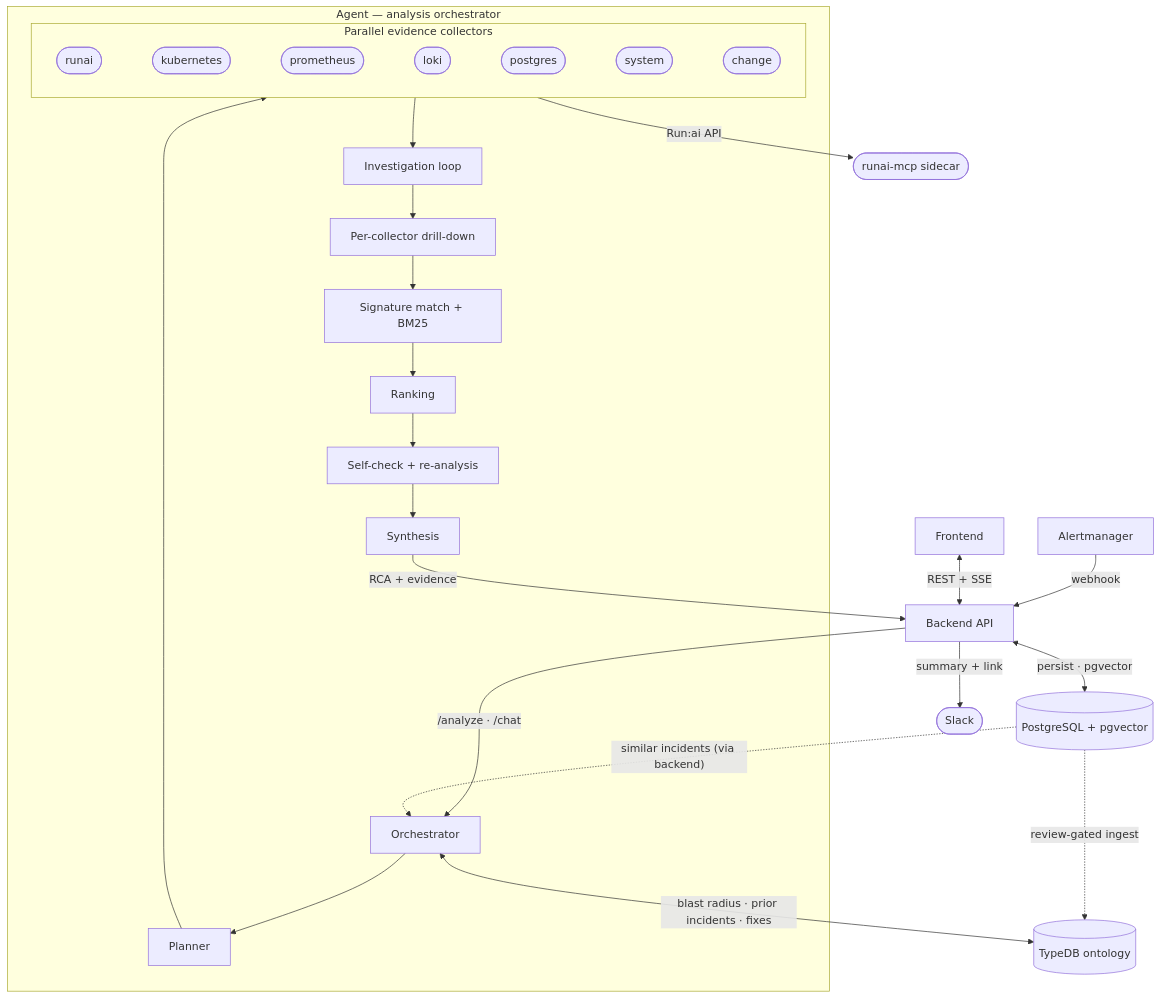
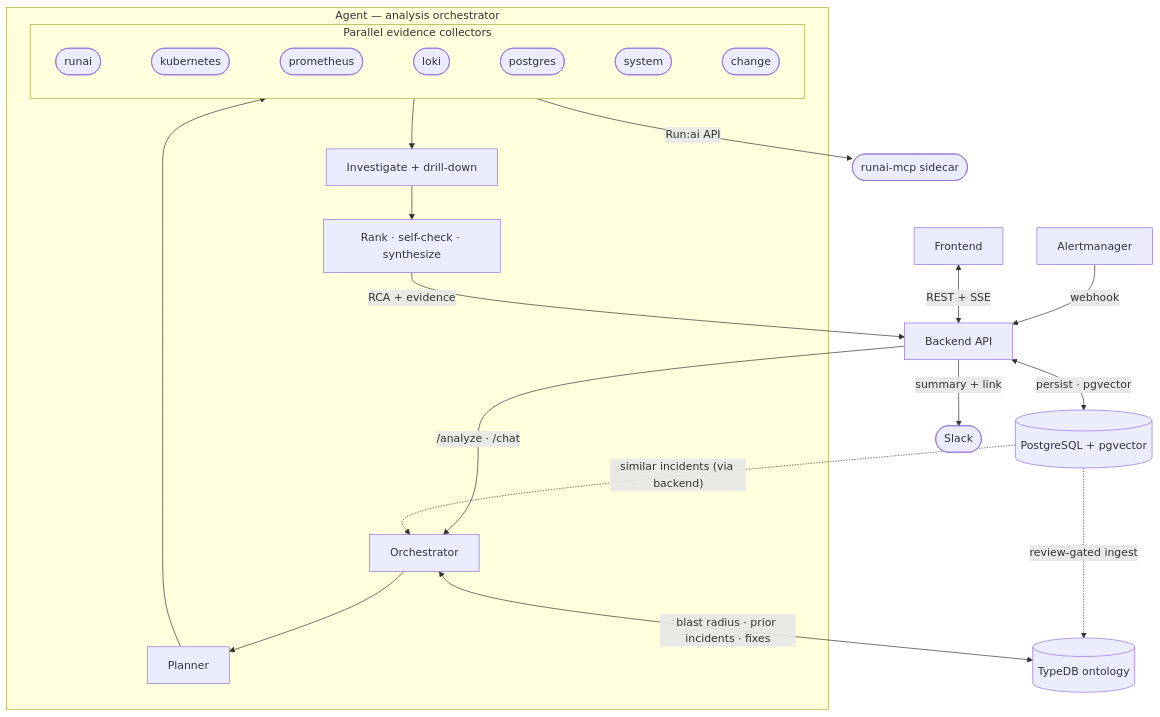
Before and after one commit to uclix-nvidia-sw/runaiRCA: the diagram in README.md, drawn with Mermaid. The commit also changed 1 other file, not shown here.

Commit message:
docs: shorten the Architecture overview diagram (was too tall)
The overview's agent pipeline was a 9-level vertical chain in a big
mostly-empty box. Collapsed the post-collector tail from 6 stage boxes to
2 ("Investigate + drill-down" → "Rank · self-check · synthesize") so the
box is compact and the small nodes no longer swim in whitespace. The full
8-stage breakdown still lives in the RCA Pipeline doc. Collectors row and
all relationships unchanged; EN + KO identical.

````diff
--- a/README.md
+++ b/README.md
@@ -25,29 +25,24 @@
 ```mermaid
 flowchart TD
   AM[Alertmanager] -->|webhook| BE[Backend API]
   FE[Frontend] <-->|REST + SSE| BE
   BE <-->|"persist · pgvector"| DB[(PostgreSQL + pgvector)]
   BE -->|"summary + link"| SLACK([Slack])
   BE -->|"/analyze · /chat"| ORCH
 
   subgraph AG["Agent — analysis orchestrator"]
-    ORCH[Orchestrator] --> PLAN[Planner]
-    PLAN --> COLL
+    ORCH[Orchestrator] --> PLAN[Planner] --> COLL
     subgraph COLL["Parallel evidence collectors"]
       direction LR
       RA([runai]) ~~~ KA([kubernetes]) ~~~ PA([prometheus]) ~~~ LA([loki]) ~~~ DBA([postgres]) ~~~ SA([system]) ~~~ CA([change])
     end
-    COLL --> INV[Investigation loop]
-    INV --> DRILL[Per-collector drill-down]
-    DRILL --> SIG[Signature match + BM25]
-    SIG --> RANK[Ranking]
-    RANK --> CHK[Self-check + re-analysis]
-    CHK --> SYN[Synthesis]
+    COLL --> INV["Investigate + drill-down"]
+    INV --> SYN["Rank · self-check · synthesize"]
   end
 
   DB -.->|"similar incidents (via backend)"| ORCH
   ORCH <-->|"blast radius · prior incidents · fixes"| KG[(TypeDB ontology)]
   COLL -->|"Run:ai API"| MCP([runai-mcp sidecar])
   SYN -->|"RCA + evidence"| BE
   DB -.->|"review-gated ingest"| KG
 ```
````
